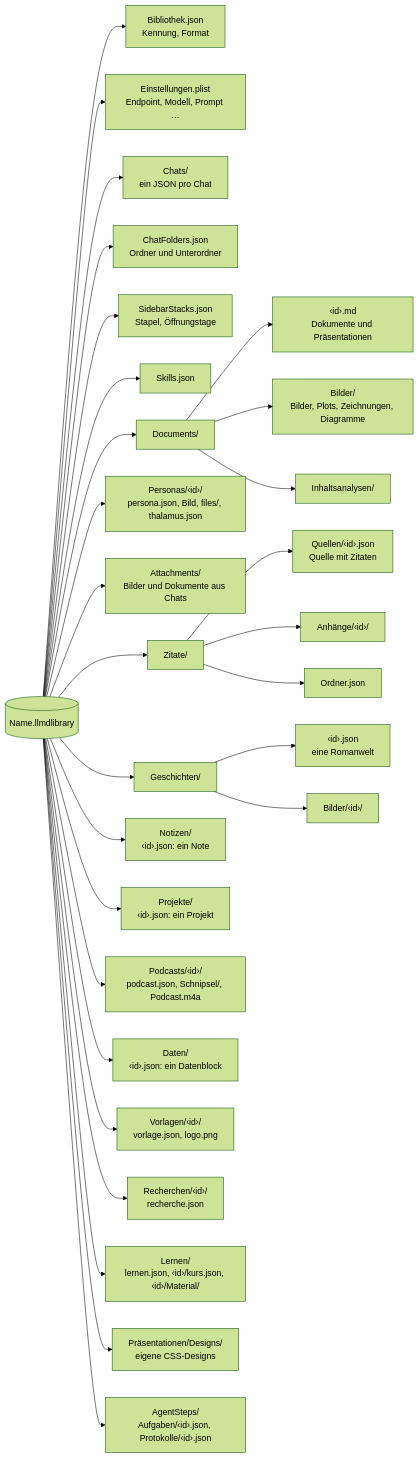
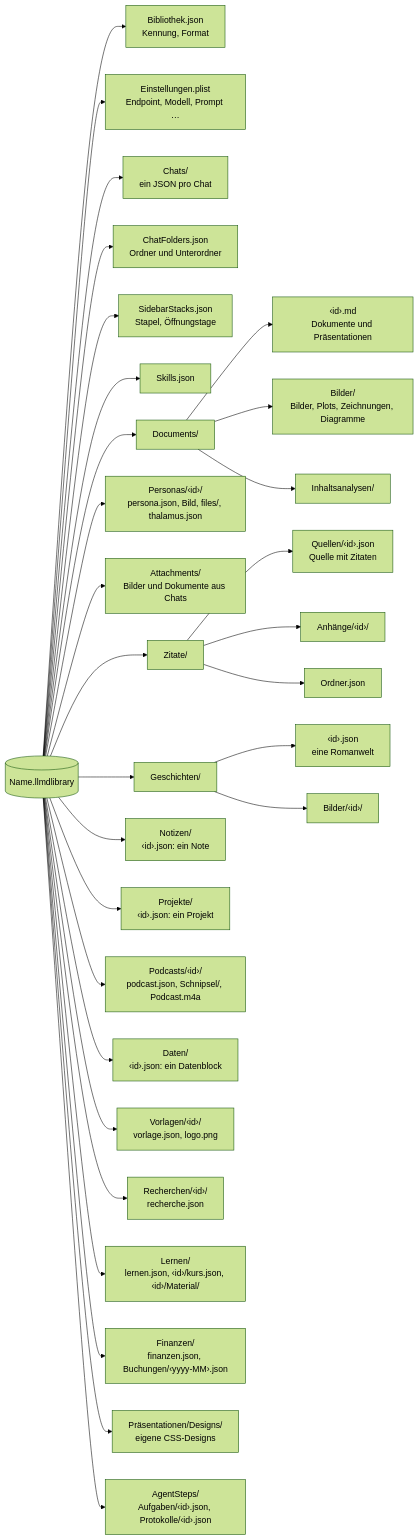
Before and after one commit to AlexEhrenberger/LLMDesigner: the diagram in docs/speicherformate.md, drawn with Mermaid (forest theme). The commit also changed other lines of this file and 38 other files, not shown here.

````diff
--- a/docs/speicherformate.md
+++ b/docs/speicherformate.md
@@ -14,31 +14,32 @@
 ```mermaid
 flowchart LR
     L[("Name.llmdlibrary")] --> B["Bibliothek.json<br/>Kennung, Format"]
     L --> E["Einstellungen.plist<br/>Endpoint, Modell, Prompt …"]
     L --> CH["Chats/<br/>ein JSON pro Chat"]
     L --> CF["ChatFolders.json<br/>Ordner und Unterordner"]
     L --> ST["SidebarStacks.json<br/>Stapel, Öffnungstage"]
     L --> SK["Skills.json"]
     L --> D["Documents/"]
     D --> DM["‹id›.md<br/>Dokumente und Präsentationen"]
     D --> BI["Bilder/<br/>Bilder, Plots, Zeichnungen, Diagramme"]
     D --> IA["Inhaltsanalysen/"]
     L --> PE["Personas/‹id›/<br/>persona.json, Bild, files/, thalamus.json"]
     L --> AT["Attachments/<br/>Bilder und Dokumente aus Chats"]
     L --> Z["Zitate/"]
     Z --> ZQ["Quellen/‹id›.json<br/>Quelle mit Zitaten"]
     Z --> ZA["Anhänge/‹id›/"]
     Z --> ZO["Ordner.json"]
     L --> G["Geschichten/"]
     G --> GW["‹id›.json<br/>eine Romanwelt"]
     G --> GB["Bilder/‹id›/"]
     L --> N["Notizen/<br/>‹id›.json: ein Note"]
     L --> PJ["Projekte/<br/>‹id›.json: ein Projekt"]
     L --> PO["Podcasts/‹id›/<br/>podcast.json, Schnipsel/, Podcast.m4a"]
     L --> DA["Daten/<br/>‹id›.json: ein Datenblock"]
     L --> VO["Vorlagen/‹id›/<br/>vorlage.json, logo.png"]
     L --> RE["Recherchen/‹id›/<br/>recherche.json"]
     L --> LE["Lernen/<br/>lernen.json, ‹id›/kurs.json, ‹id›/Material/"]
+    L --> FI["Finanzen/<br/>finanzen.json, Buchungen/‹yyyy-MM›.json"]
     L --> PD["Präsentationen/Designs/<br/>eigene CSS-Designs"]
     L --> AG["AgentSteps/<br/>Aufgaben/‹id›.json, Protokolle/‹id›.json"]
 ```
````
